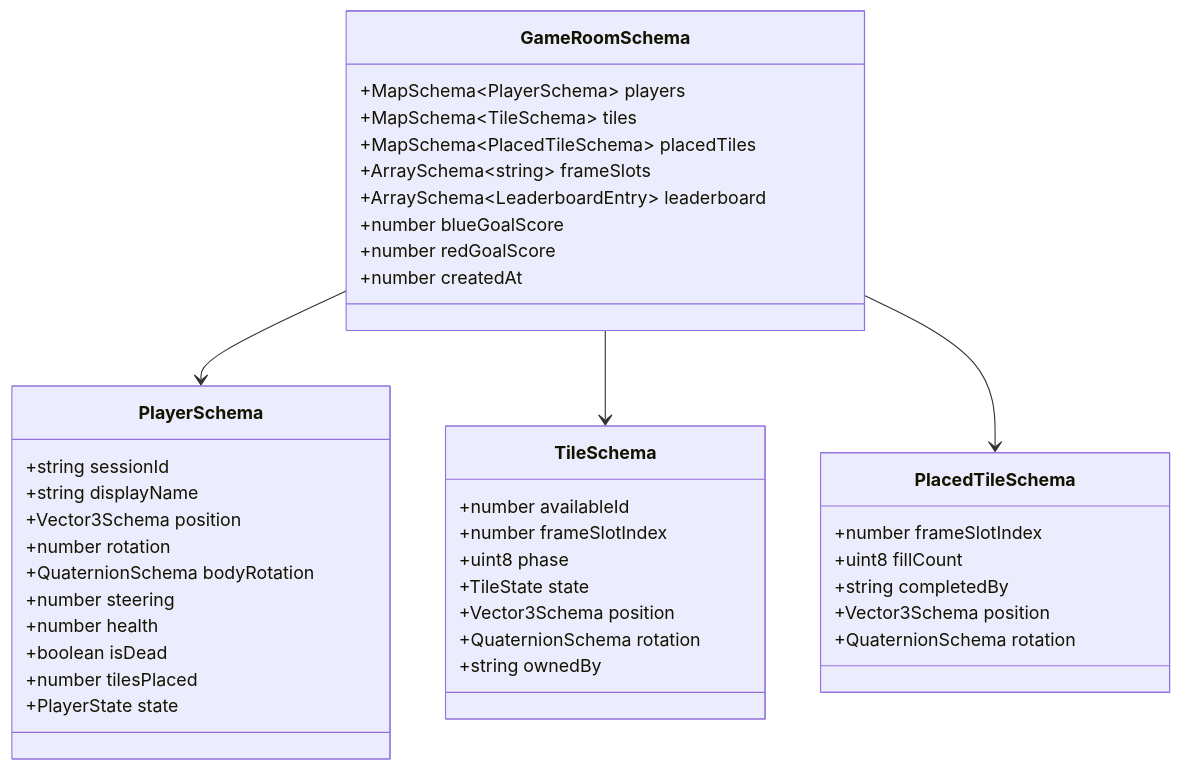
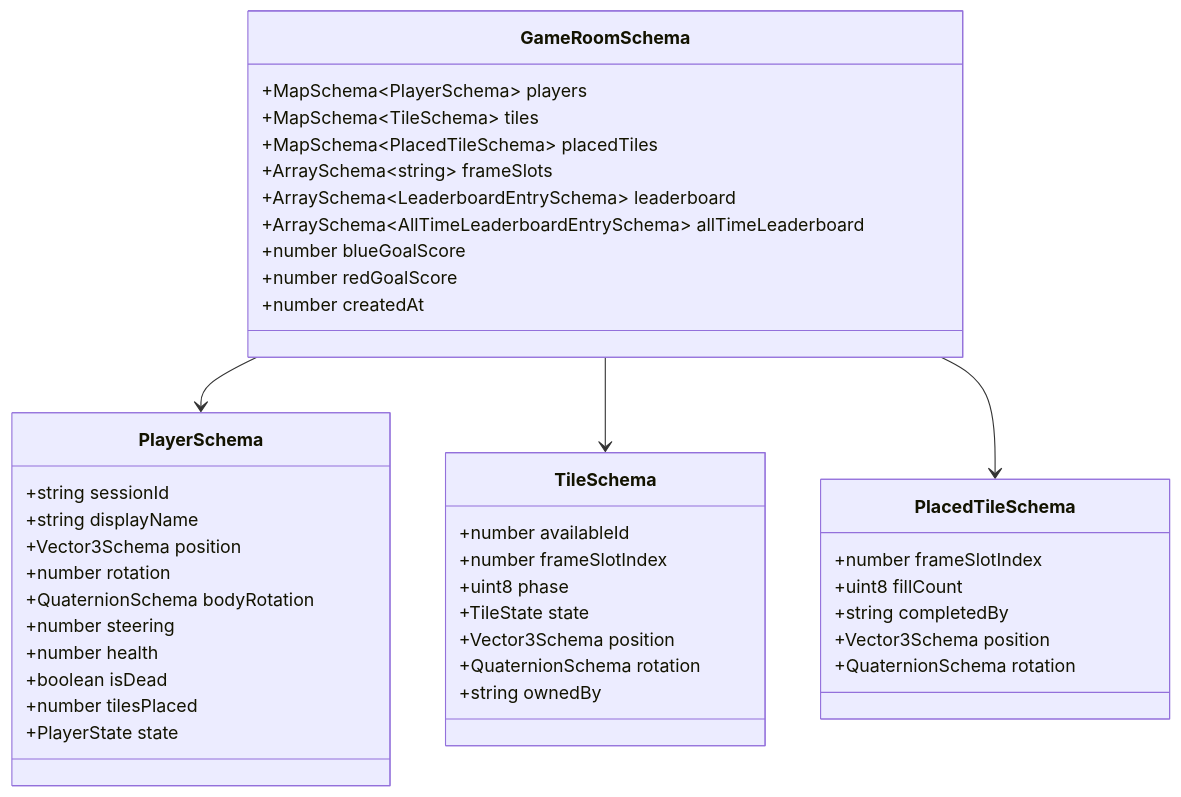
Before and after one commit to nguyenvanduocit/the-car-game: the third of 8 diagrams in docs/ARCHITECTURE.md, drawn with Mermaid. The commit also changed other lines of this file and 18 other files, not shown here.

````diff
--- a/docs/ARCHITECTURE.md
+++ b/docs/ARCHITECTURE.md
@@ -135,48 +144,49 @@
 ```mermaid
 classDiagram
     class GameRoomSchema {
         +MapSchema~PlayerSchema~ players
         +MapSchema~TileSchema~ tiles
         +MapSchema~PlacedTileSchema~ placedTiles
         +ArraySchema~string~ frameSlots
-        +ArraySchema~LeaderboardEntry~ leaderboard
+        +ArraySchema~LeaderboardEntrySchema~ leaderboard
+        +ArraySchema~AllTimeLeaderboardEntrySchema~ allTimeLeaderboard
         +number blueGoalScore
         +number redGoalScore
         +number createdAt
     }
 
     class PlayerSchema {
         +string sessionId
         +string displayName
         +Vector3Schema position
         +number rotation
         +QuaternionSchema bodyRotation
         +number steering
         +number health
         +boolean isDead
         +number tilesPlaced
         +PlayerState state
     }
 
     class TileSchema {
         +number availableId
         +number frameSlotIndex
         +uint8 phase
         +TileState state
         +Vector3Schema position
         +QuaternionSchema rotation
         +string ownedBy
     }
 
     class PlacedTileSchema {
         +number frameSlotIndex
         +uint8 fillCount
         +string completedBy
         +Vector3Schema position
         +QuaternionSchema rotation
     }
 
     GameRoomSchema --> PlayerSchema
     GameRoomSchema --> TileSchema
     GameRoomSchema --> PlacedTileSchema
 ```
````
